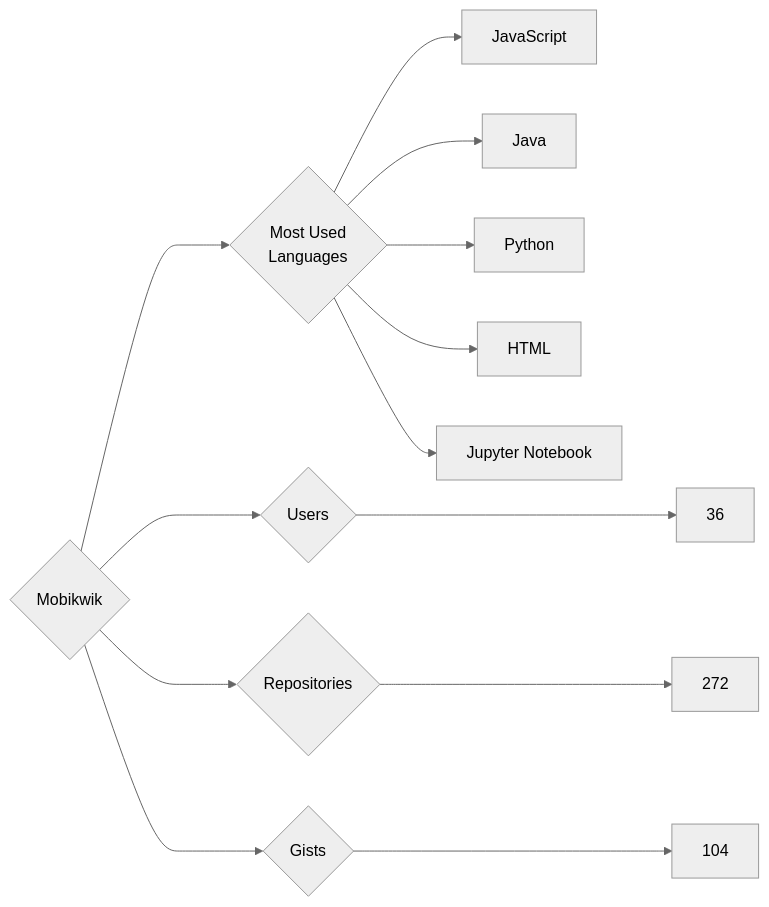
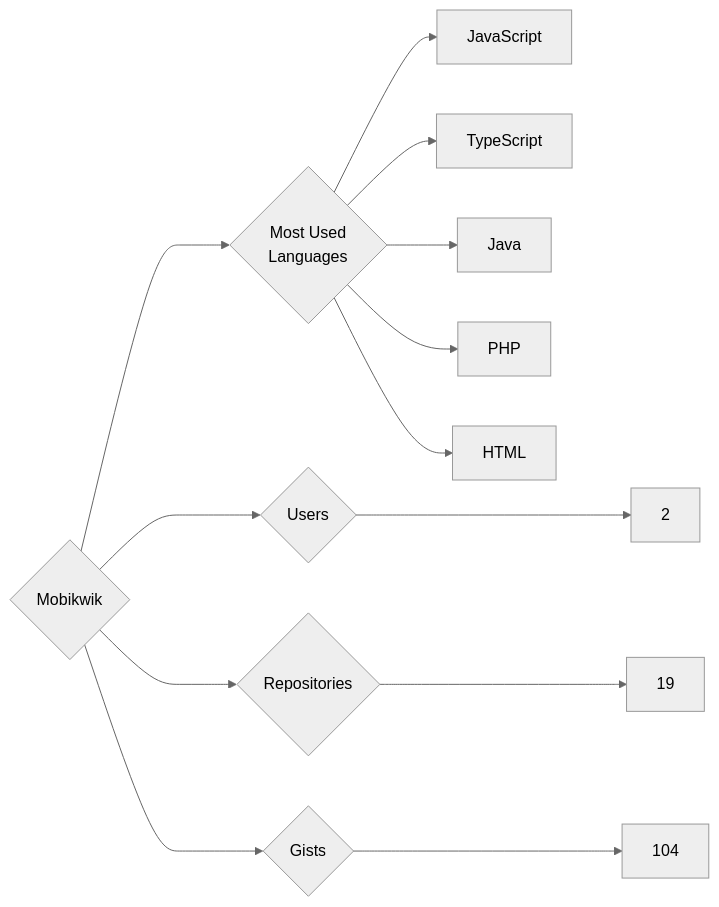
The diagram in targets/Mobikwik/README.md (trickest/insiders), drawn with Mermaid (neutral theme) before and after one commit. The commit also changed 903 other files, not shown here.

````diff
--- a/targets/Mobikwik/README.md
+++ b/targets/Mobikwik/README.md
@@ -3,13 +3,13 @@
 ```mermaid
 graph LR
 COMPANY_NAME{Mobikwik}
-COMPANY_NAME ---> U{Users} ---> UN[36]
-COMPANY_NAME ---> R{Repositories} ---> RN[272]
+COMPANY_NAME ---> U{Users} ---> UN[2]
+COMPANY_NAME ---> R{Repositories} ---> RN[19]
 COMPANY_NAME ---> G{Gists} ---> GN[104]
 COMPANY_NAME ---> ML{Most Used<br>Languages}
 ML --> JavaScript[JavaScript]
+ML --> TypeScript[TypeScript]
 ML --> Java[Java]
-ML --> Python[Python]
+ML --> PHP[PHP]
 ML --> HTML[HTML]
-ML --> Jupyter_Notebook[Jupyter Notebook]
 ```
````
